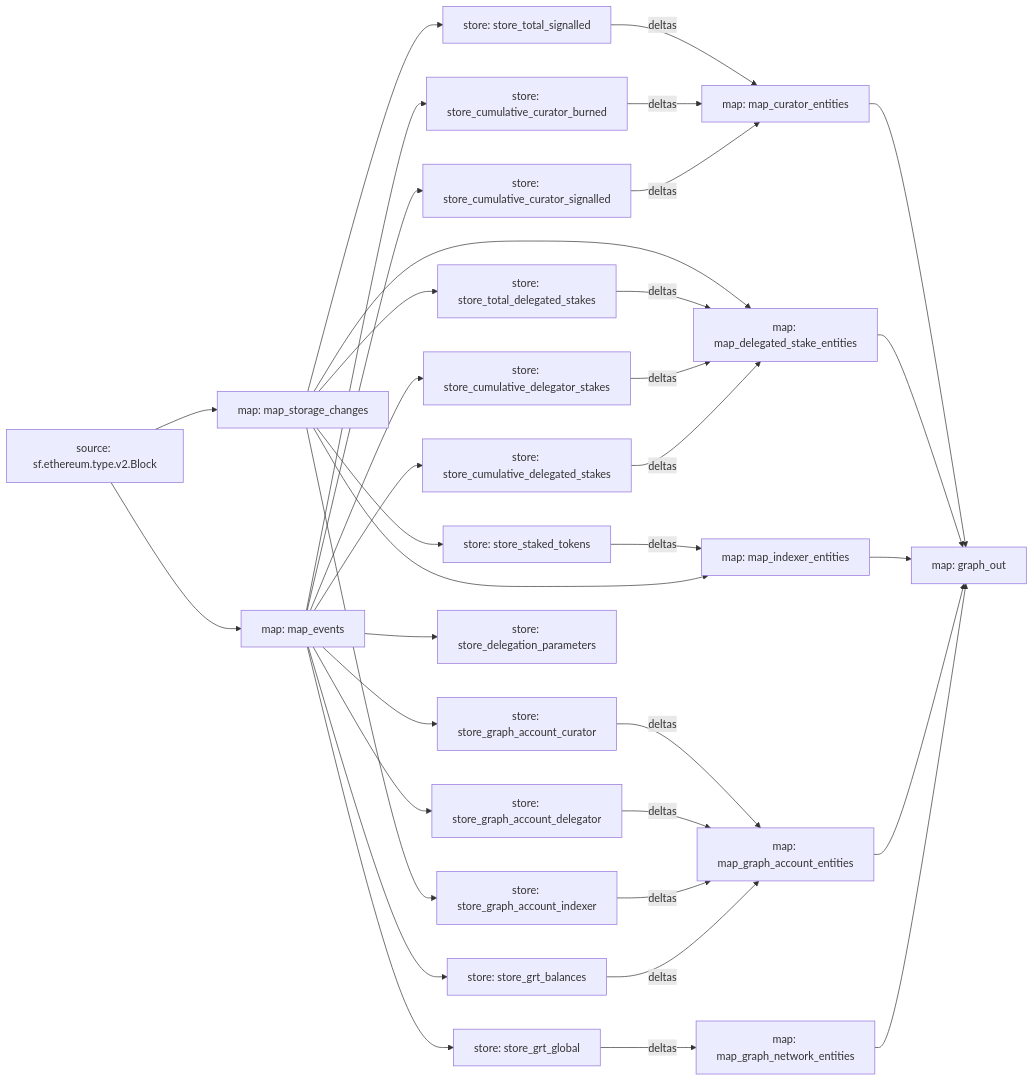
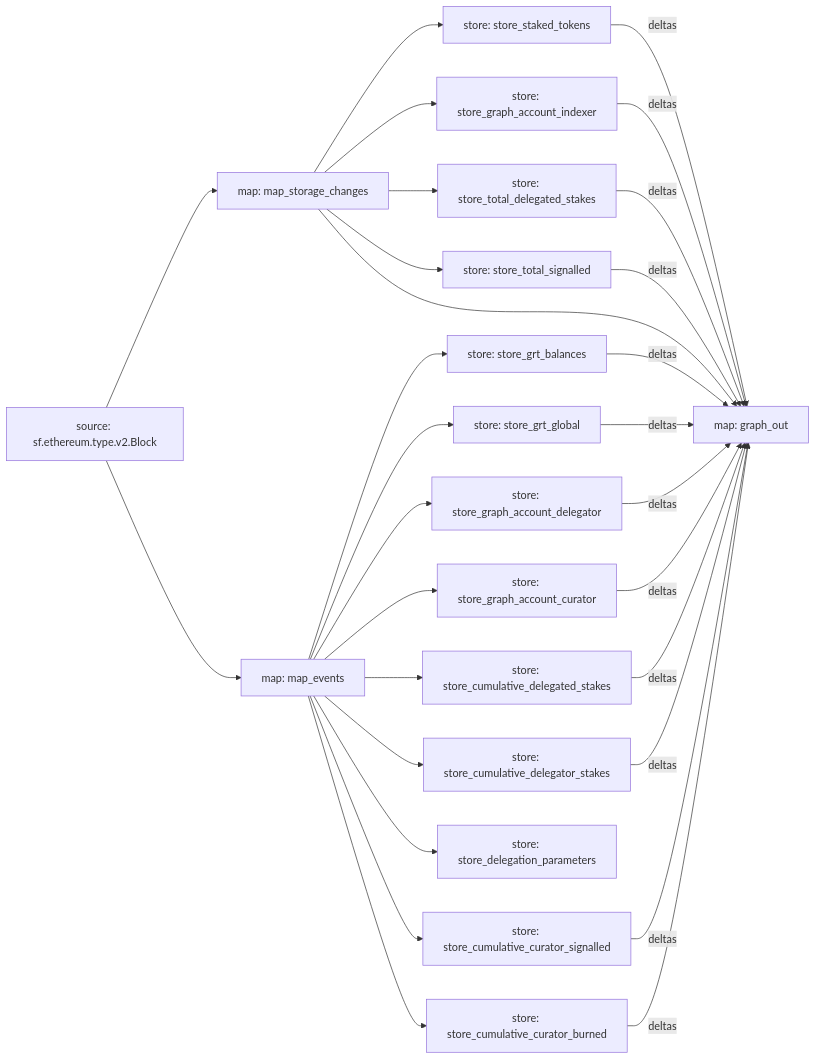
One commit to graphops/graph-network-substreams changed the diagram in README.md. Above: the diagram before and after it, drawn with Mermaid.

Commit message:
docs: substreams graph updated

````diff
--- a/README.md
+++ b/README.md
@@ -24,58 +24,47 @@
 ```mermaid
 graph LR;
   map_storage_changes[map: map_storage_changes]
   sf.ethereum.type.v2.Block[source: sf.ethereum.type.v2.Block] --> map_storage_changes
   map_events[map: map_events]
   sf.ethereum.type.v2.Block[source: sf.ethereum.type.v2.Block] --> map_events
   store_grt_balances[store: store_grt_balances]
   map_events --> store_grt_balances
   store_grt_global[store: store_grt_global]
   map_events --> store_grt_global
   store_staked_tokens[store: store_staked_tokens]
   map_storage_changes --> store_staked_tokens
   store_graph_account_indexer[store: store_graph_account_indexer]
   map_storage_changes --> store_graph_account_indexer
   store_graph_account_delegator[store: store_graph_account_delegator]
   map_events --> store_graph_account_delegator
   store_graph_account_curator[store: store_graph_account_curator]
   map_events --> store_graph_account_curator
   store_cumulative_delegated_stakes[store: store_cumulative_delegated_stakes]
   map_events --> store_cumulative_delegated_stakes
   store_cumulative_delegator_stakes[store: store_cumulative_delegator_stakes]
   map_events --> store_cumulative_delegator_stakes
   store_total_delegated_stakes[store: store_total_delegated_stakes]
   map_storage_changes --> store_total_delegated_stakes
   store_delegation_parameters[store: store_delegation_parameters]
   map_events --> store_delegation_parameters
   store_total_signalled[store: store_total_signalled]
   map_storage_changes --> store_total_signalled
   store_cumulative_curator_signalled[store: store_cumulative_curator_signalled]
   map_events --> store_cumulative_curator_signalled
   store_cumulative_curator_burned[store: store_cumulative_curator_burned]
   map_events --> store_cumulative_curator_burned
-  map_graph_network_entities[map: map_graph_network_entities]
-  store_grt_global -- deltas --> map_graph_network_entities
-  map_graph_account_entities[map: map_graph_account_entities]
-  store_grt_balances -- deltas --> map_graph_account_entities
-  store_graph_account_indexer -- deltas --> map_graph_account_entities
-  store_graph_account_delegator -- deltas --> map_graph_account_entities
-  store_graph_account_curator -- deltas --> map_graph_account_entities
-  map_indexer_entities[map: map_indexer_entities]
-  map_storage_changes --> map_indexer_entities
-  store_staked_tokens -- deltas --> map_indexer_entities
-  map_delegated_stake_entities[map: map_delegated_stake_entities]
-  store_cumulative_delegated_stakes -- deltas --> map_delegated_stake_entities
-  store_cumulative_delegator_stakes -- deltas --> map_delegated_stake_entities
-  store_total_delegated_stakes -- deltas --> map_delegated_stake_entities
-  map_storage_changes --> map_delegated_stake_entities
-  map_curator_entities[map: map_curator_entities]
-  store_cumulative_curator_signalled -- deltas --> map_curator_entities
-  store_cumulative_curator_burned -- deltas --> map_curator_entities
-  store_total_signalled -- deltas --> map_curator_entities
   graph_out[map: graph_out]
-  map_graph_network_entities --> graph_out
-  map_graph_account_entities --> graph_out
-  map_indexer_entities --> graph_out
-  map_delegated_stake_entities --> graph_out
-  map_curator_entities --> graph_out
+  store_grt_global -- deltas --> graph_out
+  store_grt_balances -- deltas --> graph_out
+  store_graph_account_indexer -- deltas --> graph_out
+  store_graph_account_delegator -- deltas --> graph_out
+  store_graph_account_curator -- deltas --> graph_out
+  map_storage_changes --> graph_out
+  store_staked_tokens -- deltas --> graph_out
+  store_cumulative_delegated_stakes -- deltas --> graph_out
+  store_cumulative_delegator_stakes -- deltas --> graph_out
+  store_total_delegated_stakes -- deltas --> graph_out
+  store_cumulative_curator_signalled -- deltas --> graph_out
+  store_cumulative_curator_burned -- deltas --> graph_out
+  store_total_signalled -- deltas --> graph_out
 ```
````
